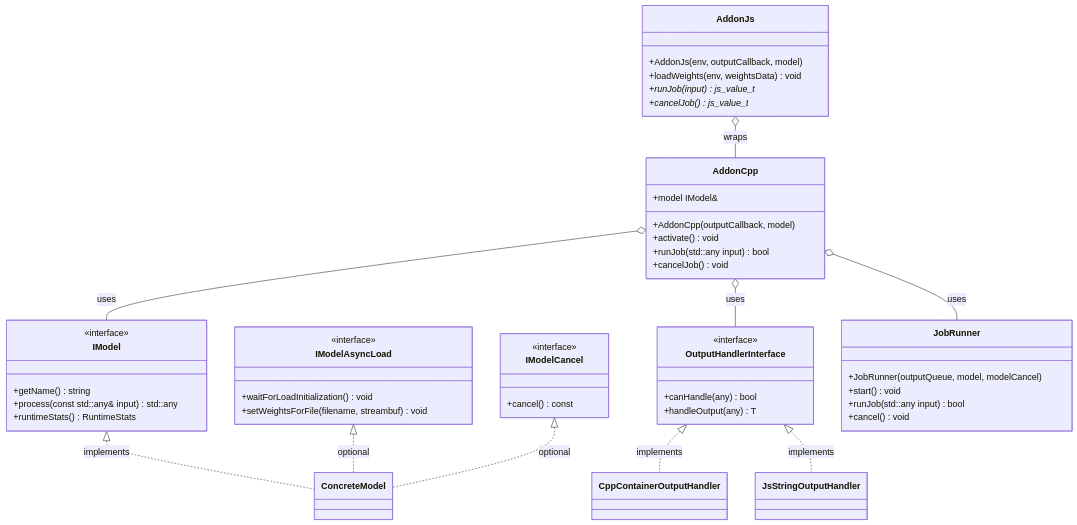
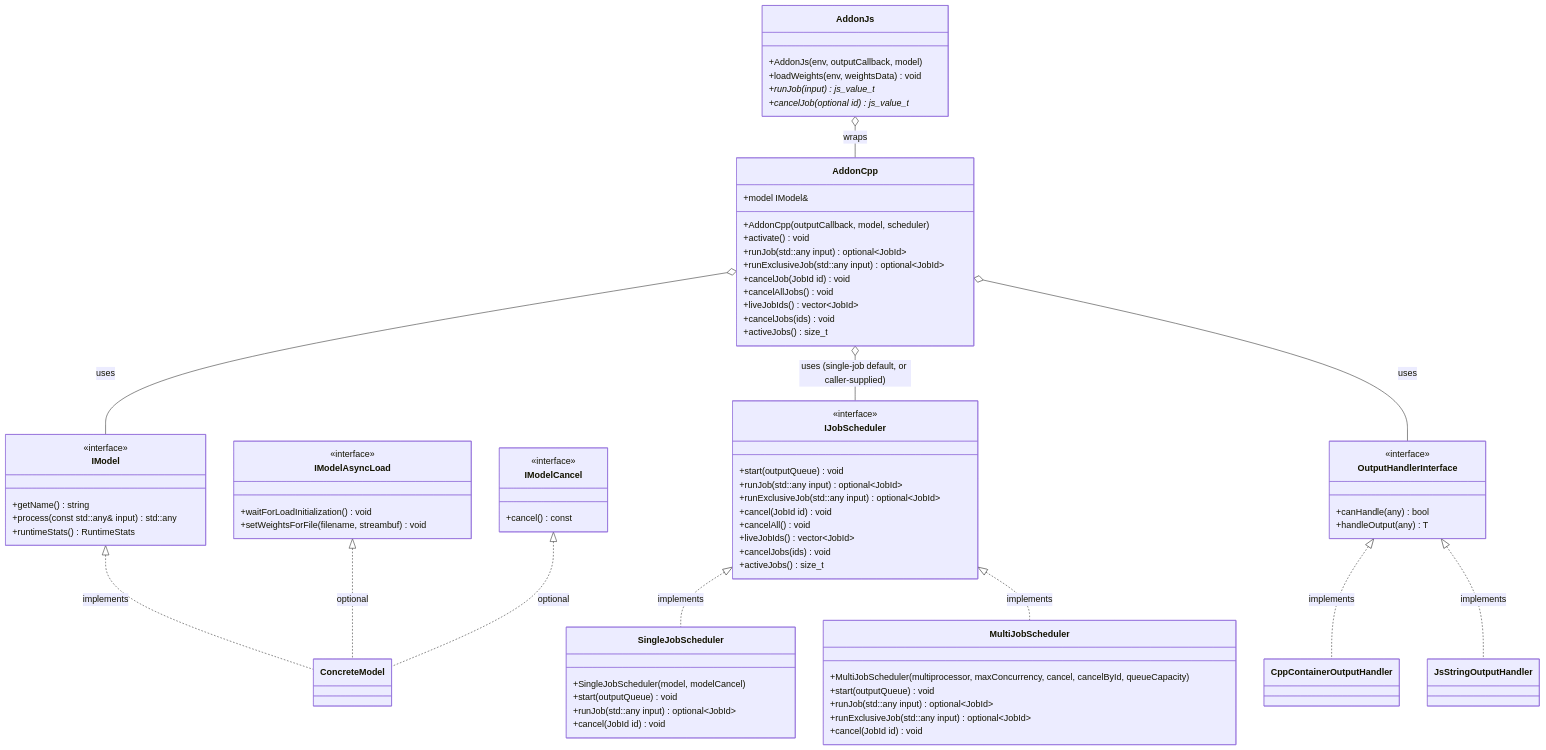
The second of 3 diagrams in packages/inference-addon-cpp/docs/architecture.md (Zbig9000/qvac), drawn with Mermaid before and after one commit. The commit also changed other lines of this file and 29 other files, not shown here.

First line of the commit message:
QVAC-18396: Multi-job queue at addon-cpp  (Needed for LLM Continuous Batching Optimizations) (#2990)

````diff
--- a/packages/inference-addon-cpp/docs/architecture.md
+++ b/packages/inference-addon-cpp/docs/architecture.md
@@ -213,10 +216,15 @@
     }
     
     class AddonCpp {
-        +AddonCpp(outputCallback, model)
+        +AddonCpp(outputCallback, model, scheduler)
         +activate() void
-        +runJob(std::any input) bool
-        +cancelJob() void
+        +runJob(std::any input) optional~JobId~
+        +runExclusiveJob(std::any input) optional~JobId~
+        +cancelJob(JobId id) void
+        +cancelAllJobs() void
+        +liveJobIds() vector~JobId~
+        +cancelJobs(ids) void
+        +activeJobs() size_t
         +model IModel&
     }
     
@@ -224,14 +232,34 @@
         +AddonJs(env, outputCallback, model)
         +loadWeights(env, weightsData) void
         +runJob(input) js_value_t*
-        +cancelJob() js_value_t*
+        +cancelJob(optional id) js_value_t*
     }
     
-    class JobRunner {
-        +JobRunner(outputQueue, model, modelCancel)
-        +start() void
-        +runJob(std::any input) bool
-        +cancel() void
+    class IJobScheduler {
+        <<interface>>
+        +start(outputQueue) void
+        +runJob(std::any input) optional~JobId~
+        +runExclusiveJob(std::any input) optional~JobId~
+        +cancel(JobId id) void
+        +cancelAll() void
+        +liveJobIds() vector~JobId~
+        +cancelJobs(ids) void
+        +activeJobs() size_t
+    }
+    
+    class SingleJobScheduler {
+        +SingleJobScheduler(model, modelCancel)
+        +start(outputQueue) void
+        +runJob(std::any input) optional~JobId~
+        +cancel(JobId id) void
+    }
+    
+    class MultiJobScheduler {
+        +MultiJobScheduler(multiprocessor, maxConcurrency, cancel, cancelById, queueCapacity)
+        +start(outputQueue) void
+        +runJob(std::any input) optional~JobId~
+        +runExclusiveJob(std::any input) optional~JobId~
+        +cancel(JobId id) void
     }
     
     IModel <|.. ConcreteModel : implements
@@ -241,8 +269,11 @@
     OutputHandlerInterface <|.. CppContainerOutputHandler : implements
     OutputHandlerInterface <|.. JsStringOutputHandler : implements
     
+    IJobScheduler <|.. SingleJobScheduler : implements
+    IJobScheduler <|.. MultiJobScheduler : implements
+    
     AddonCpp o-- IModel : uses
-    AddonCpp o-- JobRunner : uses
+    AddonCpp o-- IJobScheduler : uses (single-job default, or caller-supplied)
     AddonCpp o-- OutputHandlerInterface : uses
     AddonJs o-- AddonCpp : wraps
 ```
````
